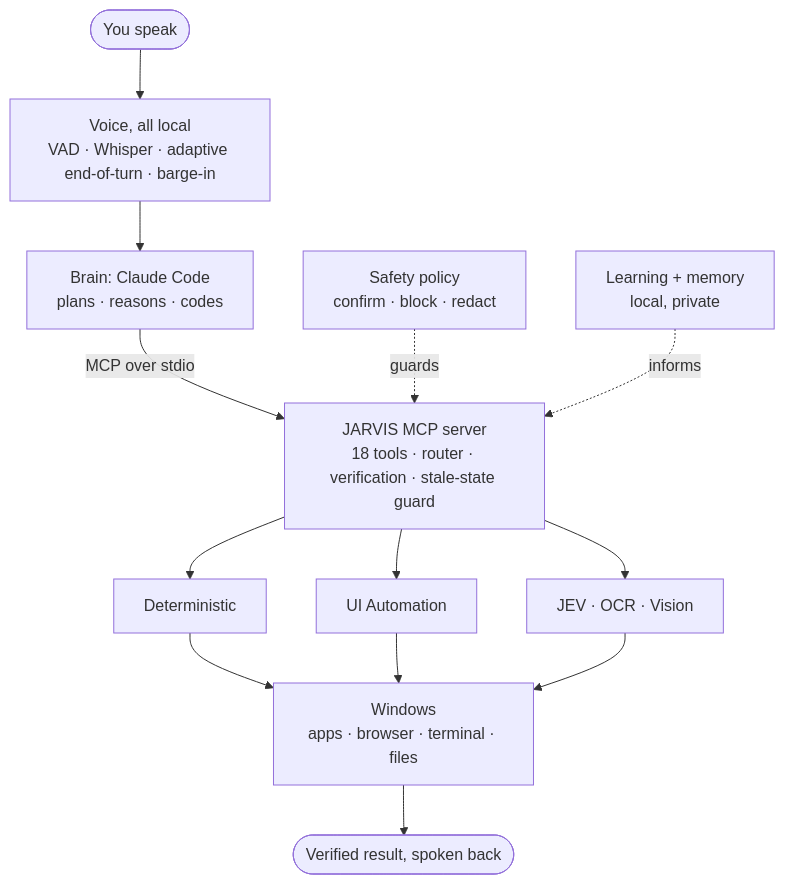
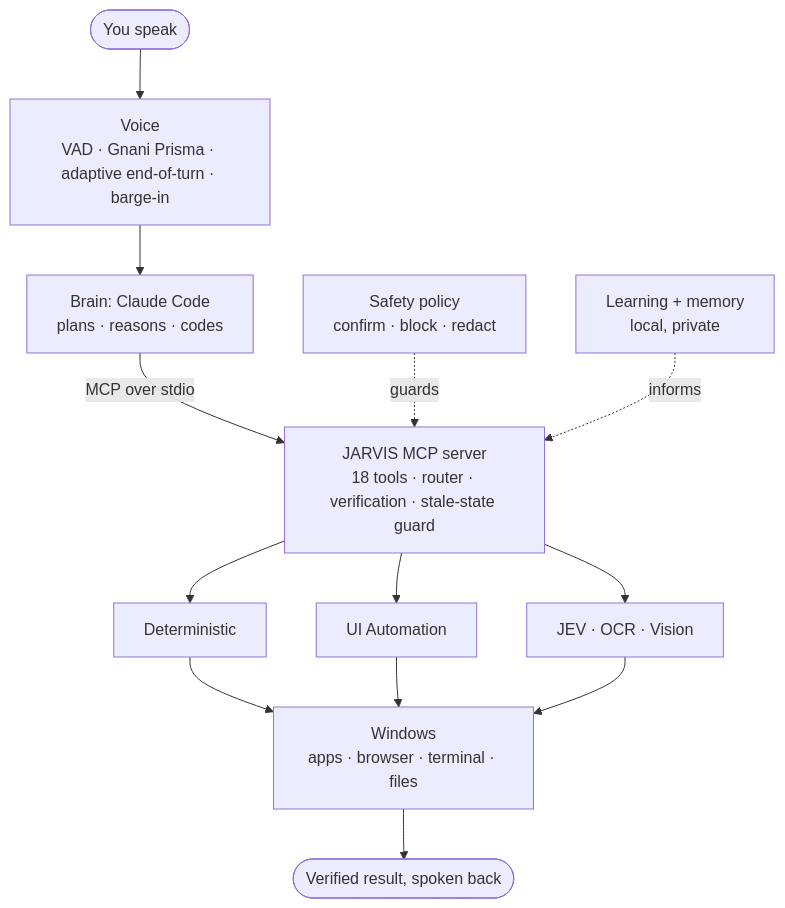
The first of 2 diagrams in README.md (prabindersinghh/Jarvis-GNANI), drawn with Mermaid before and after one commit. The commit also changed other lines of this file and 36 other files, not shown here.

Commit message:
feat: gnani-prisma-timbre-integration and updation of docs

````diff
--- a/README.md
+++ b/README.md
@@ -117,15 +117,15 @@
 ```mermaid
 flowchart TD
-    U(["You speak"]) --> V["Voice, all local<br/>VAD · Whisper · adaptive end-of-turn · barge-in"]
+    U(["You speak"]) --> V["Voice<br/>VAD · Gnani Prisma · adaptive end-of-turn · barge-in"]
     V --> B["Brain: Claude Code<br/>plans · reasons · codes"]
     B -- "MCP over stdio" --> M["JARVIS MCP server<br/>18 tools · router · verification · stale-state guard"]
     M --> T1["Deterministic"]
     M --> T2["UI Automation"]
     M --> T3["JEV · OCR · Vision"]
     T1 --> W["Windows<br/>apps · browser · terminal · files"]
     T2 --> W
     T3 --> W
     W --> R(["Verified result, spoken back"])
     S["Safety policy<br/>confirm · block · redact"] -.guards.-> M
     L["Learning + memory<br/>local, private"] -.informs.-> M
 ```
````
